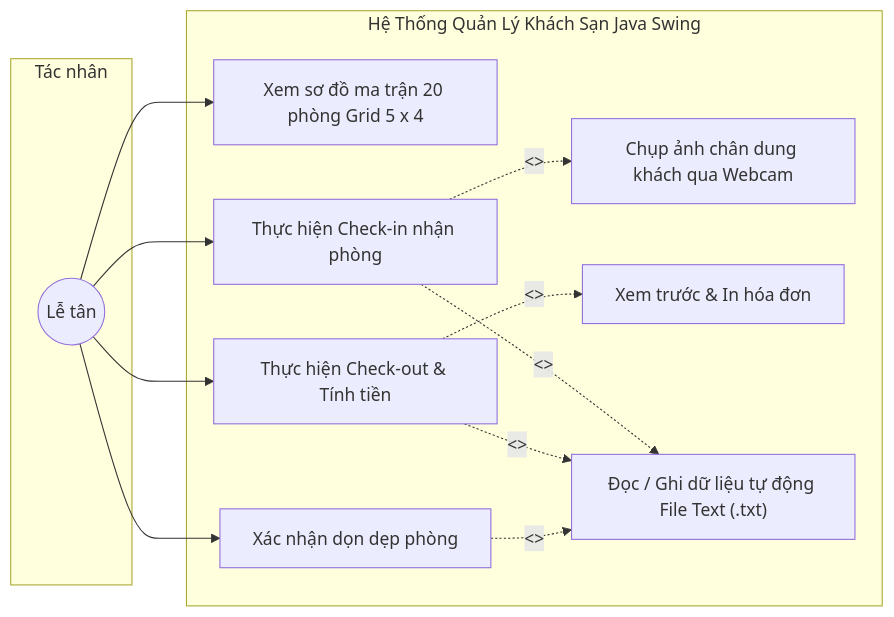
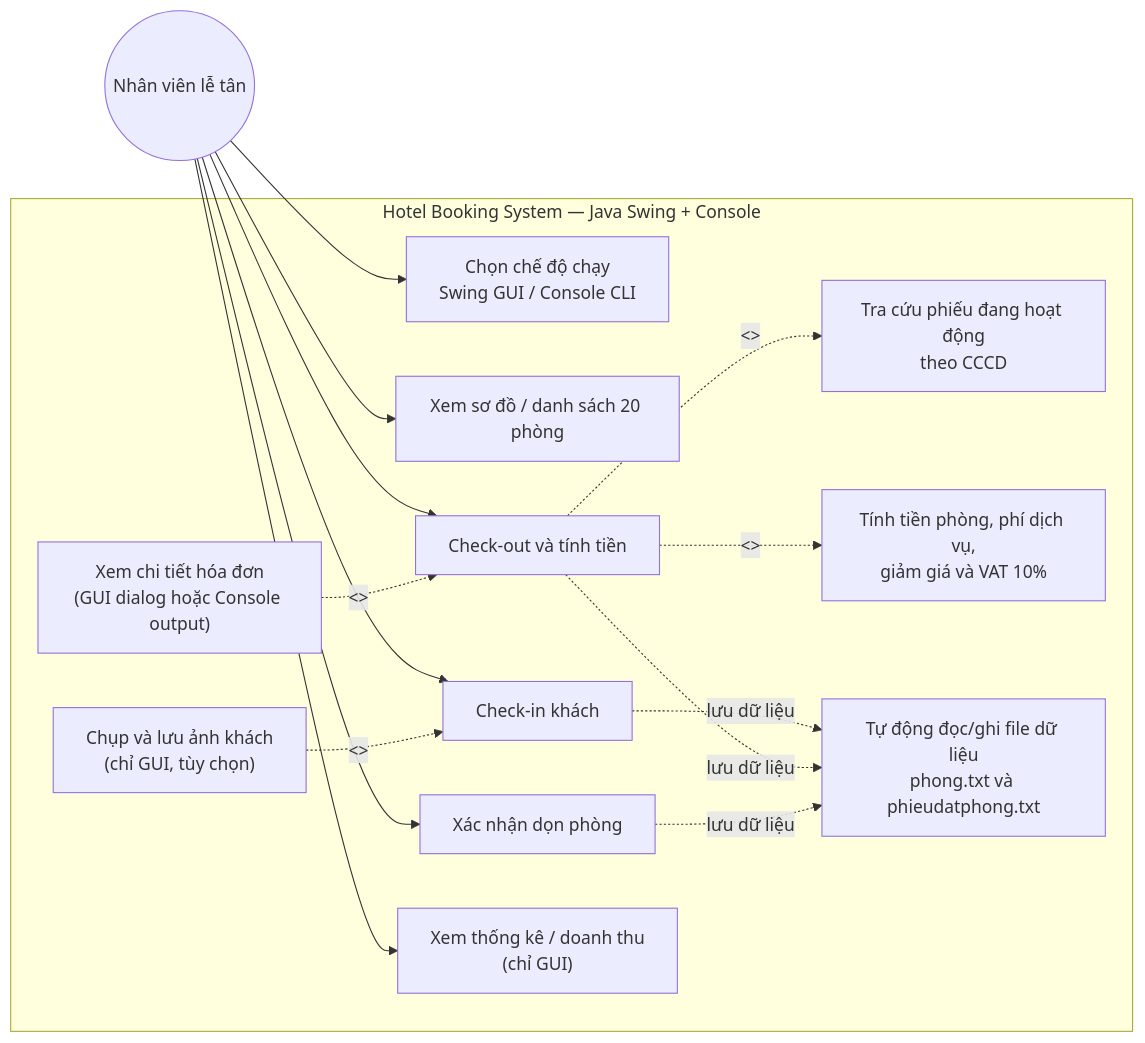
The diagram in docs/diagrams/usecase_diagram.mmd (NNTTuan/HotelBookingSystem), drawn with Mermaid before and after one commit. The commit also changed other lines of this file and 17 other files, not shown here.

```diff
--- a/docs/diagrams/usecase_diagram.mmd
+++ b/docs/diagrams/usecase_diagram.mmd
@@ -1,25 +1,31 @@
 flowchart LR
-    subgraph Actor ["Tác nhân"]
-        User((Lễ tân))
+    Staff(("Nhân viên lễ tân"))
+
+    subgraph System["Hotel Booking System — Java Swing + Console"]
+        Mode["Chọn chế độ chạy<br/>Swing GUI / Console CLI"]
+        ViewRooms["Xem sơ đồ / danh sách 20 phòng"]
+        CheckIn["Check-in khách"]
+        Capture["Chụp và lưu ảnh khách<br/>(chỉ GUI, tùy chọn)"]
+        CheckOut["Check-out và tính tiền"]
+        Lookup["Tra cứu phiếu đang hoạt động<br/>theo CCCD"]
+        Calc["Tính tiền phòng, phí dịch vụ,<br/>giảm giá và VAT 10%"]
+        Invoice["Xem chi tiết hóa đơn<br/>(GUI dialog hoặc Console output)"]
+        Cleaning["Xác nhận dọn phòng"]
+        Stats["Xem thống kê / doanh thu<br/>(chỉ GUI)"]
+        Persistence["Tự động đọc/ghi file dữ liệu<br/>phong.txt và phieudatphong.txt"]
     end
 
-    subgraph System ["Hệ Thống Quản Lý Khách Sạn Java Swing"]
-        UC1["Xem sơ đồ ma trận 20 phòng Grid 5 x 4"]
-        UC2["Thực hiện Check-in nhận phòng"]
-        UC3["Chụp ảnh chân dung khách qua Webcam"]
-        UC4["Thực hiện Check-out & Tính tiền"]
-        UC5["Xem trước & In hóa đơn"]
-        UC6["Xác nhận dọn dẹp phòng"]
-        UC7["Đọc / Ghi dữ liệu tự động File Text (.txt)"]
-    end
+    Staff --> Mode
+    Staff --> ViewRooms
+    Staff --> CheckIn
+    Staff --> CheckOut
+    Staff --> Cleaning
+    Staff --> Stats
 
-    User --> UC1
-    User --> UC2
-    User --> UC4
-    User --> UC6
-
-    UC2 -. "<<include>>" .-> UC3
-    UC2 -. "<<include>>" .-> UC7
-    UC4 -. "<<extend>>" .-> UC5
-    UC4 -. "<<include>>" .-> UC7
-    UC6 -. "<<include>>" .-> UC7
+    Capture -. "<<extend>>" .-> CheckIn
+    CheckOut -. "<<include>>" .-> Lookup
+    CheckOut -. "<<include>>" .-> Calc
+    Invoice -. "<<extend>>" .-> CheckOut
+    CheckIn -. "lưu dữ liệu" .-> Persistence
+    CheckOut -. "lưu dữ liệu" .-> Persistence
+    Cleaning -. "lưu dữ liệu" .-> Persistence
```
